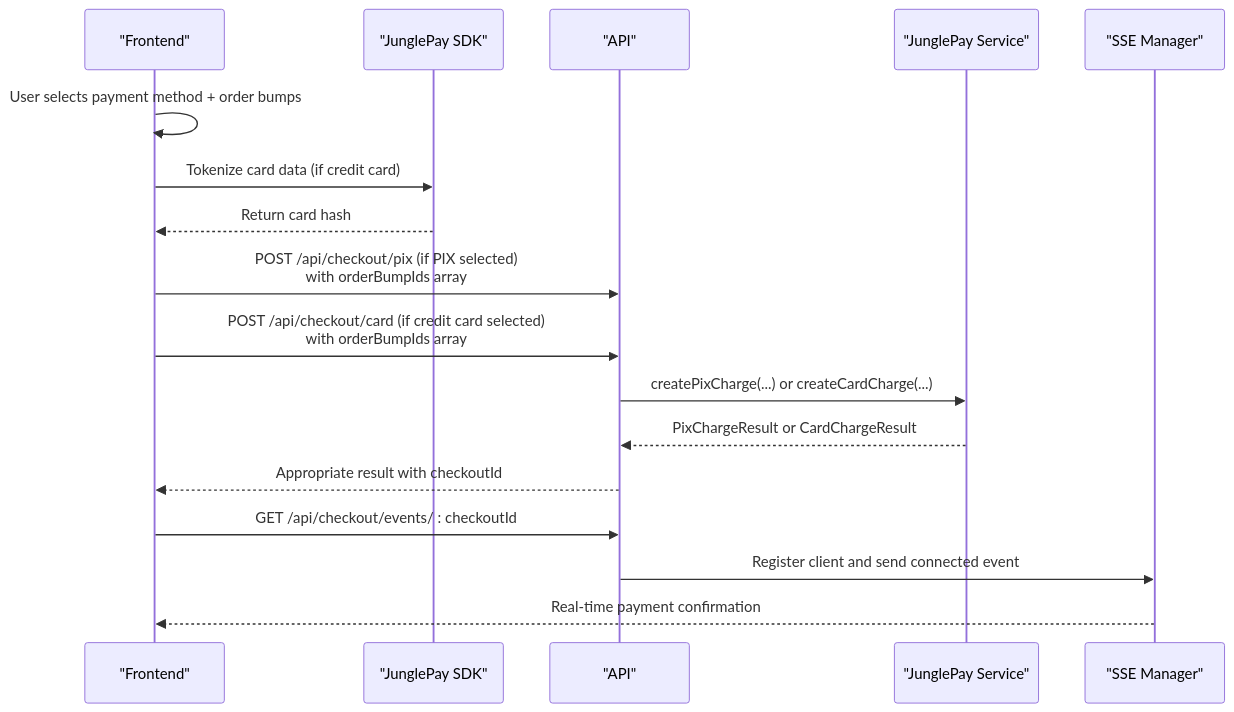
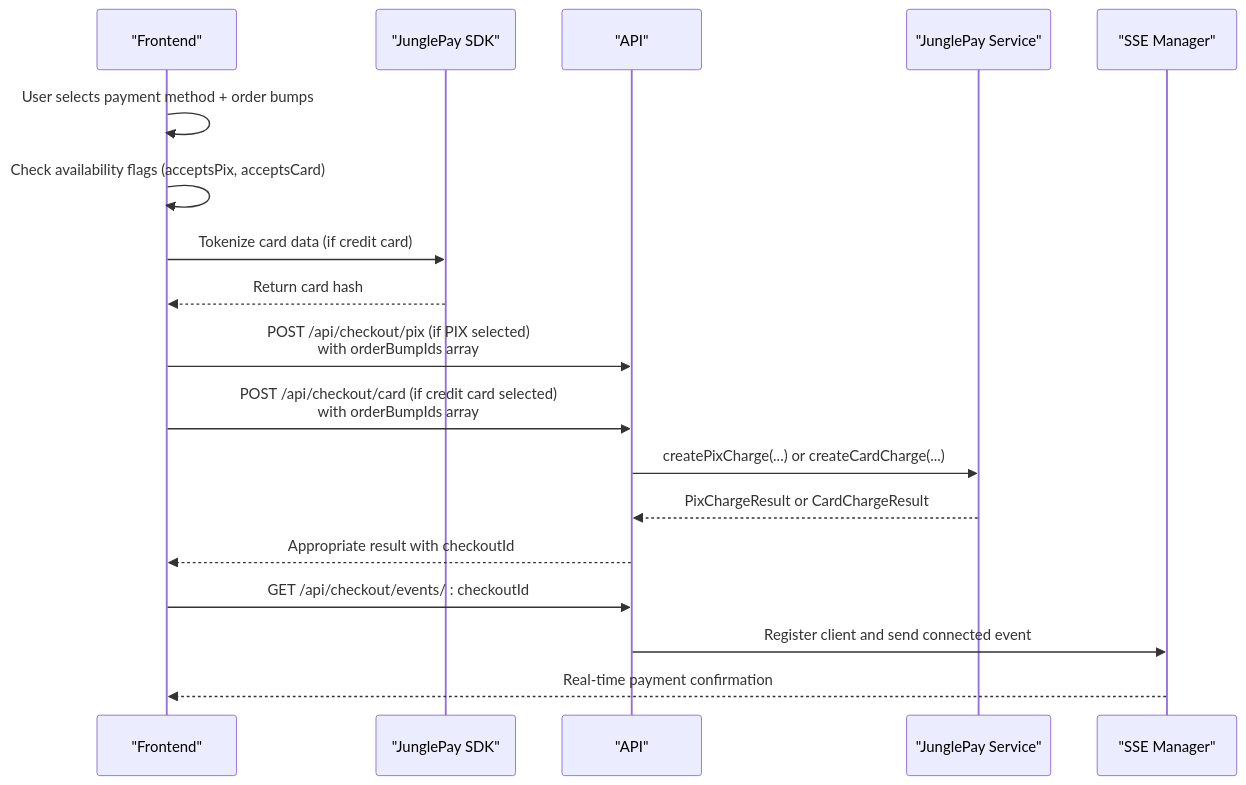
Before and after one commit to eromedrive2tb-gif/Avitrine: the fourth of 16 diagrams in .qoder/repowiki/en/content/Page Components/Checkout Flow.md, drawn with Mermaid. The commit also changed other lines of this file and 18 other files, not shown here.

````diff
--- a/.qoder/repowiki/en/content/Page Components/Checkout Flow.md
+++ b/.qoder/repowiki/en/content/Page Components/Checkout Flow.md
@@ -240,19 +253,20 @@
 ```mermaid
 sequenceDiagram
 participant FE as "Frontend"
 participant SDK as "JunglePay SDK"
 participant API as "API"
 participant SVC as "JunglePay Service"
 participant SSE as "SSE Manager"
 FE->>FE : User selects payment method + order bumps
+FE->>FE : Check availability flags (acceptsPix, acceptsCard)
 FE->>SDK : Tokenize card data (if credit card)
 SDK-->>FE : Return card hash
 FE->>API : POST /api/checkout/pix (if PIX selected)<br/>with orderBumpIds array
 FE->>API : POST /api/checkout/card (if credit card selected)<br/>with orderBumpIds array
 API->>SVC : createPixCharge(...) or createCardCharge(...)
 SVC-->>API : PixChargeResult or CardChargeResult
 API-->>FE : Appropriate result with checkoutId
 FE->>API : GET /api/checkout/events/ : checkoutId
 API->>SSE : Register client and send connected event
 SSE-->>FE : Real-time payment confirmation
 ```
````
